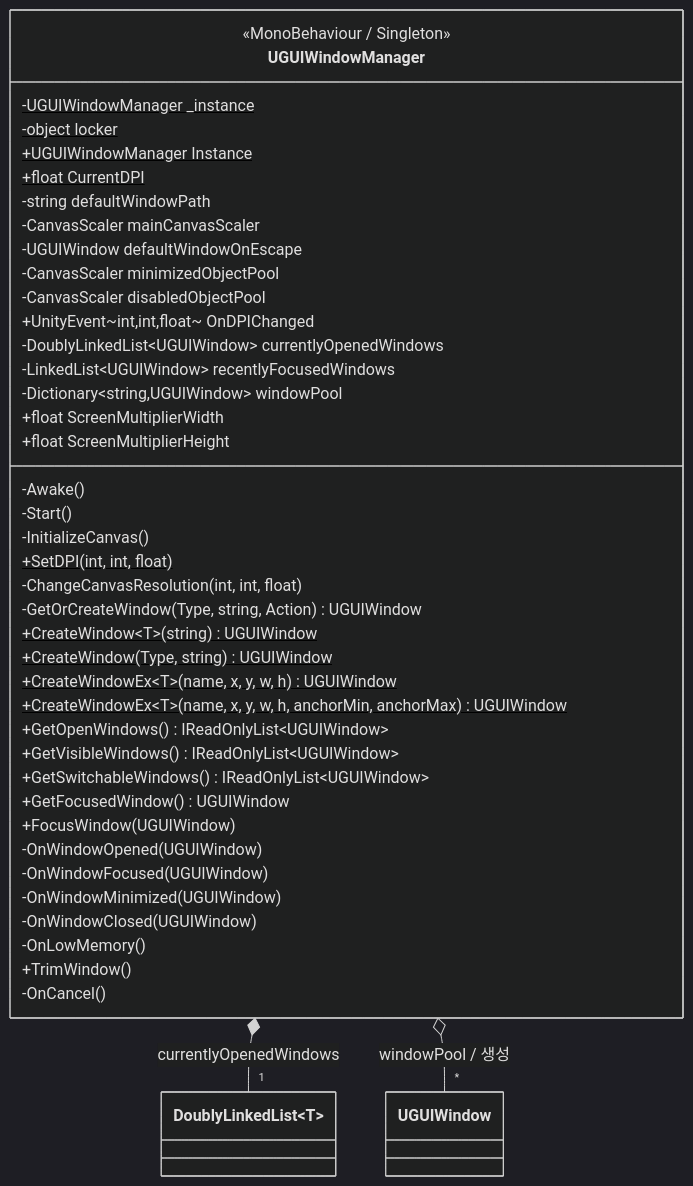
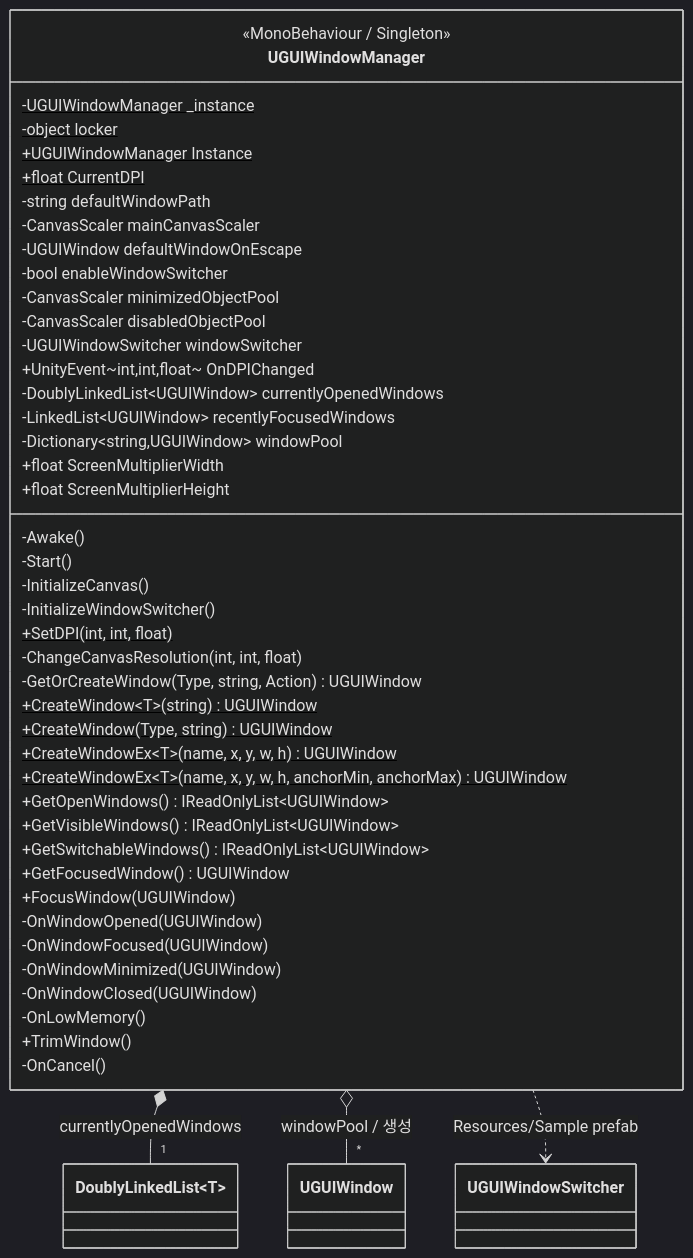
Before and after one commit to ThunderVolt45/UGUI-Window-Sample: the diagram in docs/class-diagram/UGUIWindowManager.md, drawn with Mermaid (dark theme). The commit also changed other lines of this file and 9 other files, not shown here.

````diff
--- a/docs/class-diagram/UGUIWindowManager.md
+++ b/docs/class-diagram/UGUIWindowManager.md
@@ -8,51 +8,56 @@
 ```mermaid
 classDiagram
     direction TB
 
     class UGUIWindowManager {
         <<MonoBehaviour / Singleton>>
         -UGUIWindowManager _instance$
         -object locker$
         +UGUIWindowManager Instance$
         +float CurrentDPI$
         -string defaultWindowPath
         -CanvasScaler mainCanvasScaler
         -UGUIWindow defaultWindowOnEscape
+        -bool enableWindowSwitcher
         -CanvasScaler minimizedObjectPool
         -CanvasScaler disabledObjectPool
+        -UGUIWindowSwitcher windowSwitcher
         +UnityEvent~int,int,float~ OnDPIChanged
         -DoublyLinkedList~UGUIWindow~ currentlyOpenedWindows
         -LinkedList~UGUIWindow~ recentlyFocusedWindows
         -Dictionary~string,UGUIWindow~ windowPool
         +float ScreenMultiplierWidth
         +float ScreenMultiplierHeight
         -Awake()
         -Start()
         -InitializeCanvas()
+        -InitializeWindowSwitcher()
         +SetDPI(int, int, float)$
         -ChangeCanvasResolution(int, int, float)
         -GetOrCreateWindow(Type, string, Action) UGUIWindow
         +CreateWindow~T~(string) UGUIWindow$
         +CreateWindow(Type, string) UGUIWindow$
         +CreateWindowEx~T~(name, x, y, w, h) UGUIWindow$
         +CreateWindowEx~T~(name, x, y, w, h, anchorMin, anchorMax) UGUIWindow$
         +GetOpenWindows() IReadOnlyList~UGUIWindow~
         +GetVisibleWindows() IReadOnlyList~UGUIWindow~
         +GetSwitchableWindows() IReadOnlyList~UGUIWindow~
         +GetFocusedWindow() UGUIWindow
         +FocusWindow(UGUIWindow)
         -OnWindowOpened(UGUIWindow)
         -OnWindowFocused(UGUIWindow)
         -OnWindowMinimized(UGUIWindow)
         -OnWindowClosed(UGUIWindow)
         -OnLowMemory()
         +TrimWindow()
         -OnCancel()
     }
 
     class DoublyLinkedList~T~
     class UGUIWindow
+    class UGUIWindowSwitcher
 
     UGUIWindowManager *-- "1" DoublyLinkedList~T~ : currentlyOpenedWindows
     UGUIWindowManager o-- "*" UGUIWindow : windowPool / 생성
+    UGUIWindowManager ..> UGUIWindowSwitcher : Resources/Sample prefab
 ```
````
